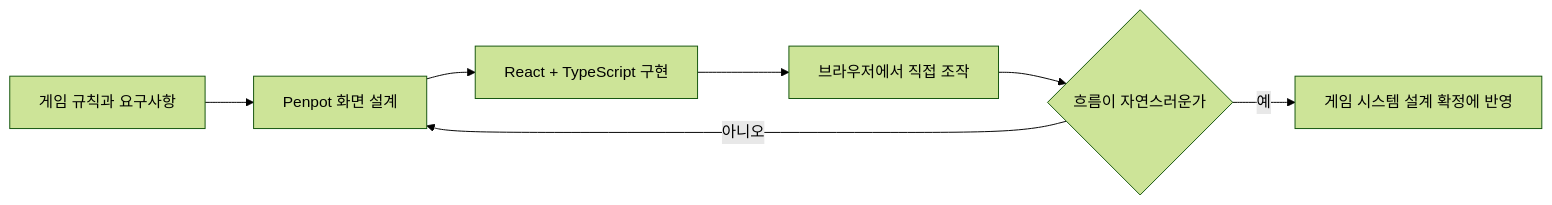
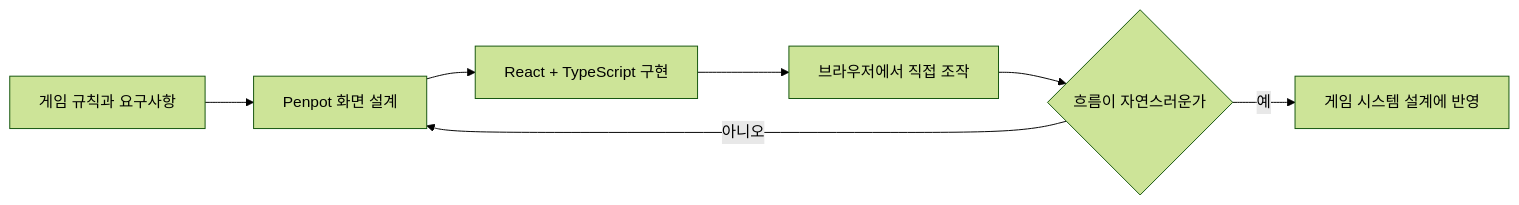
The second of 3 diagrams in VisualNovelDev/README.md (chaaaron000/game-project-code-archive), drawn with Mermaid (forest theme) before and after one commit. The commit also changed other lines of this file, not shown here.

````diff
--- a/VisualNovelDev/README.md
+++ b/VisualNovelDev/README.md
@@ -36,9 +32,9 @@
 ```mermaid
 flowchart LR
     A[게임 규칙과 요구사항] --> B[Penpot 화면 설계]
     B --> C[React + TypeScript 구현]
     C --> D[브라우저에서 직접 조작]
     D --> E{흐름이 자연스러운가}
     E -->|아니오| B
-    E -->|예| F[게임 시스템 설계 확정에 반영]
+    E -->|예| F[게임 시스템 설계에 반영]
 ```
````
